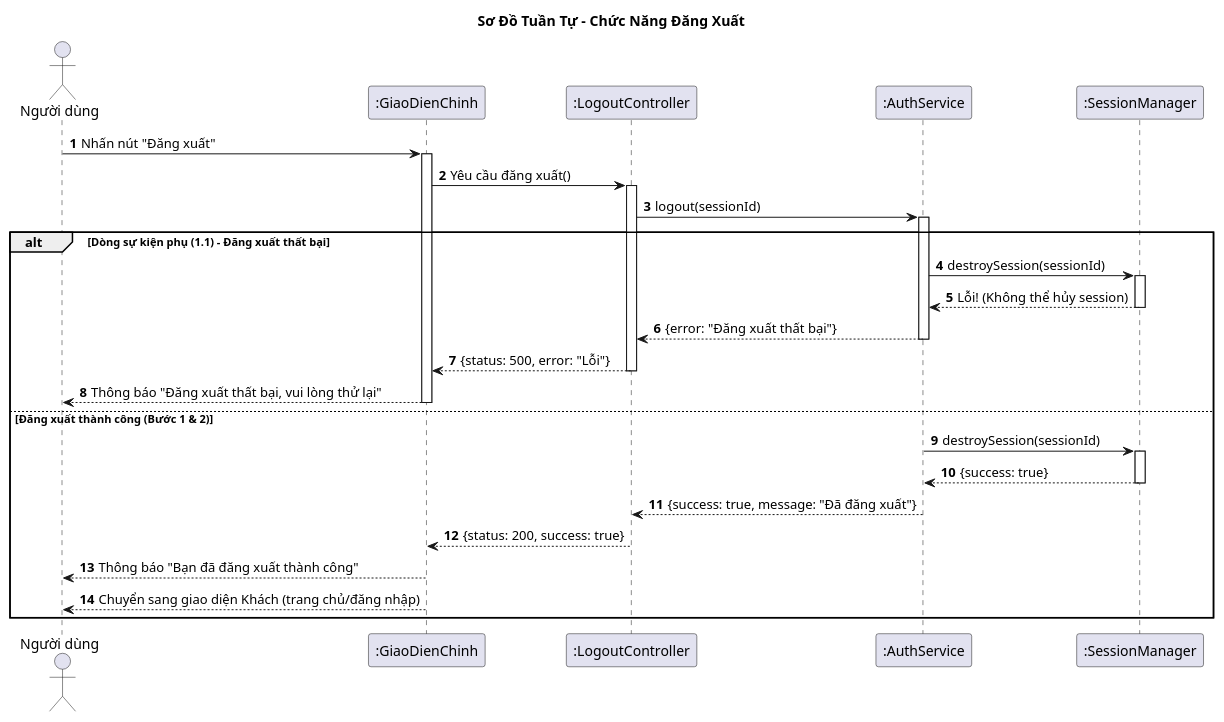
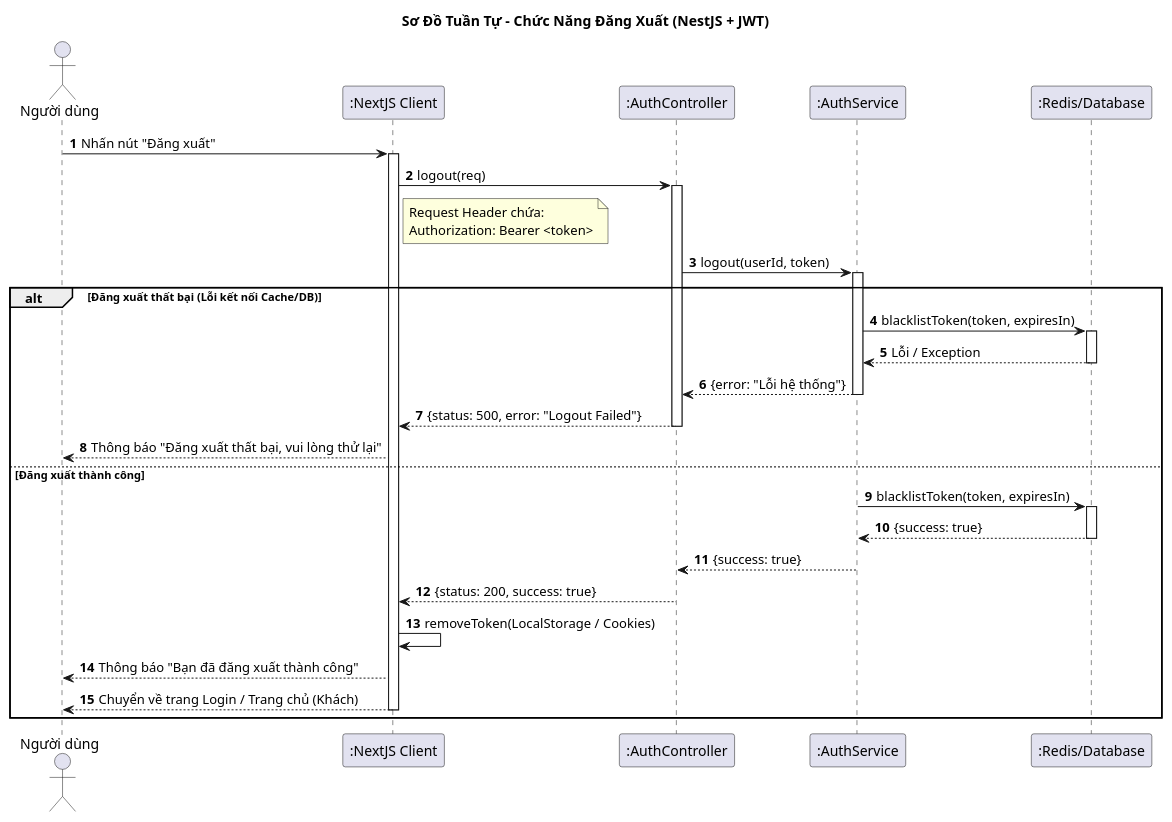
One commit to vinh047/soundwave changed the diagram in Diagrams/SequenceDiagram/LogoutSD.plantuml. Above: the diagram before and after it, drawn with PlantUML. The commit also changed 8 other files, not shown here.

Commit message:
Sửa lỗi chính tả trong đặc tả, sửa SD 4 cái tiếp theo, cập nhật CD theo SD

```diff
--- a/Diagrams/SequenceDiagram/LogoutSD.plantuml
+++ b/Diagrams/SequenceDiagram/LogoutSD.plantuml
@@ -1,53 +1,61 @@
-@startuml Sequence Diagram - Đăng Xuất
+@startuml Sequence Diagram - Đăng Xuất NestJS
 
-title Sơ Đồ Tuần Tự - Chức Năng Đăng Xuất
+title Sơ Đồ Tuần Tự - Chức Năng Đăng Xuất (NestJS + JWT)
 
-' Tiền điều kiện: Người dùng đã đăng nhập
 actor "Người dùng" as User
-participant ":GiaoDienChinh" as UI
-participant ":LogoutController" as Controller
+participant ":NextJS Client" as UI
+participant ":AuthController" as Controller
 participant ":AuthService" as Service
-participant ":SessionManager" as Session
+participant ":Redis/Database" as DB
 
 autonumber
 
-' === Dòng sự kiện chính (bắt đầu) ===
+' === BƯỚC 1: GỬI YÊU CẦU ===
 User -> UI: Nhấn nút "Đăng xuất"
 activate UI
-UI -> Controller: Yêu cầu đăng xuất()
+UI -> Controller: logout(req)
 activate Controller
-Controller -> Service: logout(sessionId)
+note right of UI: Request Header chứa:\nAuthorization: Bearer <token>
+
+' Controller lấy token từ Header
+Controller -> Service: logout(userId, token)
 activate Service
 
-' === Dòng sự kiện (bước 1) & Dòng sự kiện phụ (1.1) ===
-alt Dòng sự kiện phụ (1.1) - Đăng xuất thất bại
-    Service -> Session: destroySession(sessionId)
-    activate Session
-    Session --> Service: Lỗi! (Không thể hủy session)
-    deactivate Session
-    Service --> Controller: {error: "Đăng xuất thất bại"}
+' === BƯỚC 2: XỬ LÝ SERVER (Blacklist Token) ===
+' Trong NestJS/JWT, để đăng xuất server-side, ta lưu token vào Blacklist
+alt Đăng xuất thất bại (Lỗi kết nối Cache/DB)
+    Service -> DB: blacklistToken(token, expiresIn)
+    activate DB
+    DB --> Service: Lỗi / Exception
+    deactivate DB
+    
+    Service --> Controller: {error: "Lỗi hệ thống"}
     deactivate Service
-    Controller --> UI: {status: 500, error: "Lỗi"}
+    Controller --> UI: {status: 500, error: "Logout Failed"}
     deactivate Controller
     
+    ' Theo đúng đặc tả Use case: Báo lỗi
     UI --> User: Thông báo "Đăng xuất thất bại, vui lòng thử lại"
-    deactivate UI
 
-else Đăng xuất thành công (Bước 1 & 2)
-    Service -> Session: destroySession(sessionId)
-    activate Session
-    Session --> Service: {success: true}
-    deactivate Session
-    Service --> Controller: {success: true, message: "Đã đăng xuất"}
+else Đăng xuất thành công
+    Service -> DB: blacklistToken(token, expiresIn)
+    activate DB
+    DB --> Service: {success: true}
+    deactivate DB
+    
+    Service --> Controller: {success: true}
     deactivate Service
     Controller --> UI: {status: 200, success: true}
     deactivate Controller
     
-    ' Bước 1 (vế 1): Thông báo thành công
+    ' === BƯỚC 3: XỬ LÝ CLIENT (Quan trọng nhất với NextJS) ===
+    ' NextJS xóa Token lưu ở Client để người dùng không truy cập được nữa
+    UI -> UI: removeToken(LocalStorage / Cookies)
+    
     UI --> User: Thông báo "Bạn đã đăng xuất thành công"
     
-    ' Bước 1 (vế 2): Chuyển sang chế độ Khách
-    UI --> User: Chuyển sang giao diện Khách (trang chủ/đăng nhập)
+    ' Chuyển hướng
+    UI --> User: Chuyển về trang Login / Trang chủ (Khách)
     deactivate UI
 end
 @enduml
```
